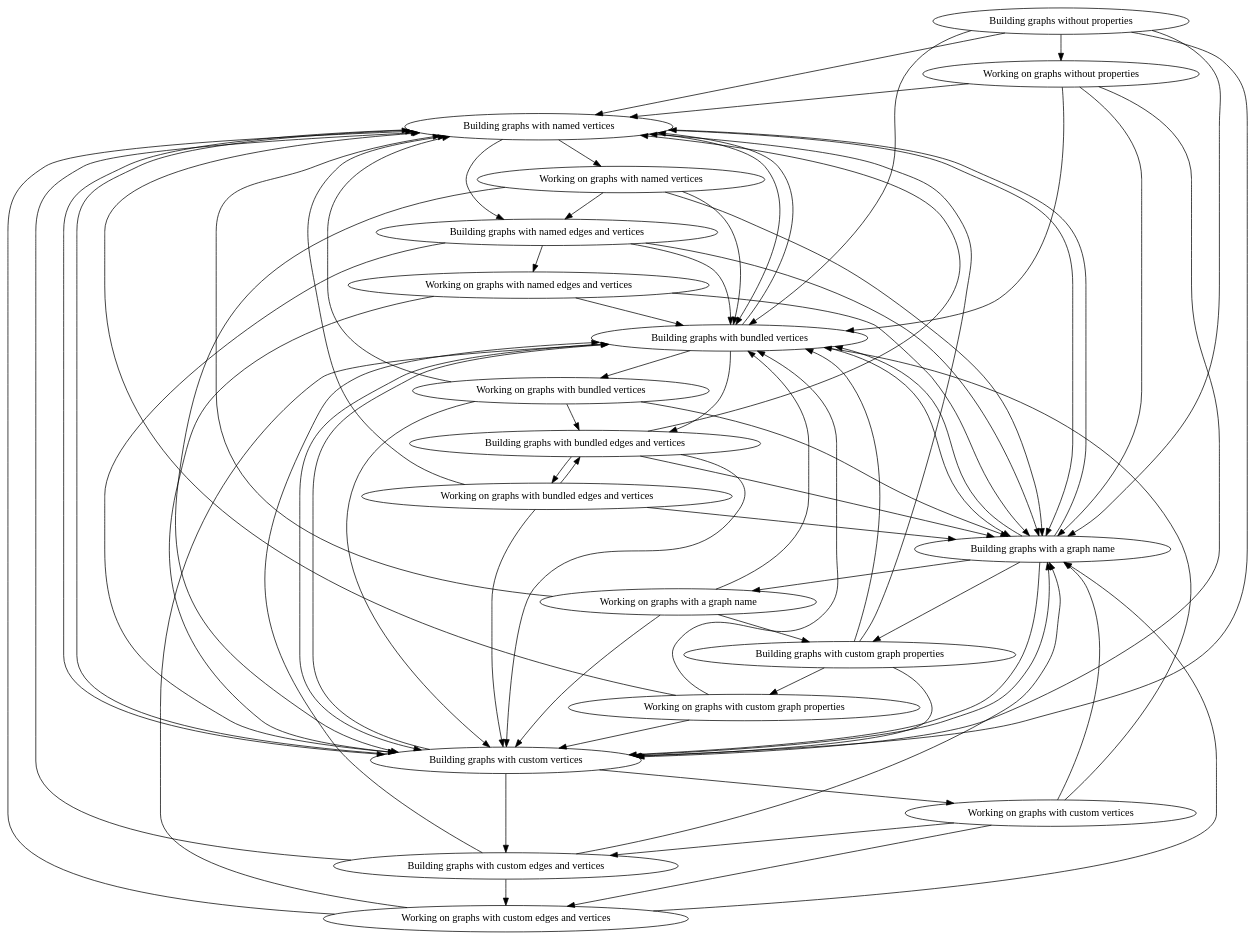
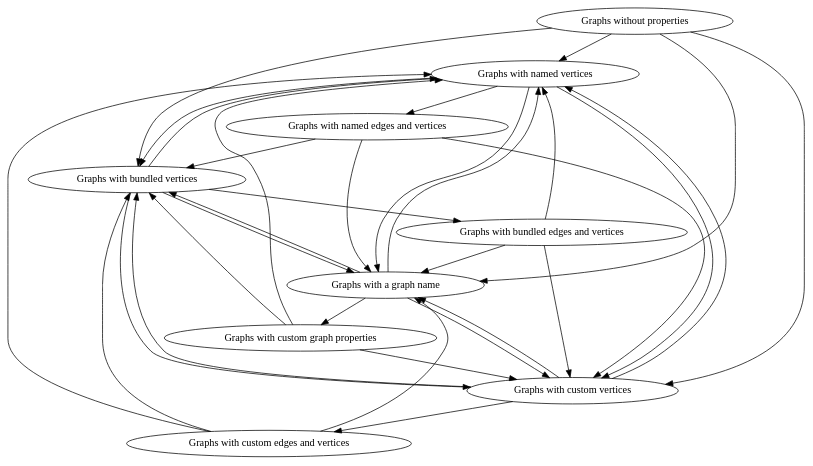
One commit to richelbilderbeek/boost_graph_cookbook_1 changed the diagram in BoostGraphTutorial/create_tutorial_chapters_graph.dot. Above: the diagram before and after it, drawn with Graphviz. The commit also changed 23 other files, not shown here.

```diff
--- a/BoostGraphTutorial/create_tutorial_chapters_graph.dot
+++ b/BoostGraphTutorial/create_tutorial_chapters_graph.dot
@@ -1,94 +1,43 @@
 digraph G {
-0[label="Building graphs without properties"];
-1[label="Working on graphs without properties"];
-2[label="Building graphs with named vertices"];
-3[label="Working on graphs with named vertices"];
-4[label="Building graphs with named edges and vertices"];
-5[label="Working on graphs with named edges and vertices"];
-6[label="Building graphs with bundled vertices"];
-7[label="Working on graphs with bundled vertices"];
-8[label="Building graphs with bundled edges and vertices"];
-9[label="Working on graphs with bundled edges and vertices"];
-10[label="Building graphs with custom vertices"];
-11[label="Working on graphs with custom vertices"];
-12[label="Building graphs with custom edges and vertices"];
-13[label="Working on graphs with custom edges and vertices"];
-14[label="Building graphs with a graph name"];
-15[label="Working on graphs with a graph name"];
-16[label="Building graphs with custom graph properties"];
-17[label="Working on graphs with custom graph properties"];
+0[label="Graphs without properties"];
+1[label="Graphs with named vertices"];
+2[label="Graphs with named edges and vertices"];
+3[label="Graphs with bundled vertices"];
+4[label="Graphs with bundled edges and vertices"];
+5[label="Graphs with custom vertices"];
+6[label="Graphs with custom edges and vertices"];
+7[label="Graphs with a graph name"];
+8[label="Graphs with custom graph properties"];
 0->1 ;
-0->2 ;
-0->6 ;
-0->10 ;
-0->14 ;
+0->3 ;
+0->5 ;
+0->7 ;
 1->2 ;
-1->6 ;
-1->10 ;
-1->14 ;
+1->3 ;
+1->5 ;
+1->7 ;
 2->3 ;
-2->4 ;
-2->6 ;
-2->10 ;
-2->14 ;
+2->5 ;
+2->7 ;
+3->1 ;
 3->4 ;
-3->6 ;
-3->10 ;
-3->14 ;
+3->5 ;
+3->7 ;
+4->1 ;
 4->5 ;
-4->6 ;
-4->10 ;
-4->14 ;
+4->7 ;
+5->1 ;
+5->3 ;
 5->6 ;
-5->10 ;
-5->14 ;
+5->7 ;
+6->1 ;
+6->3 ;
 6->7 ;
-6->2 ;
-6->8 ;
-6->10 ;
-6->14 ;
-7->2 ;
+7->1 ;
+7->3 ;
+7->5 ;
 7->8 ;
-7->10 ;
-7->14 ;
-8->9 ;
-8->2 ;
-8->10 ;
-8->14 ;
-9->2 ;
-9->8 ;
-9->10 ;
-9->14 ;
-10->11 ;
-10->2 ;
-10->6 ;
-10->12 ;
-10->14 ;
-11->6 ;
-11->12 ;
-11->14 ;
-11->13 ;
-12->13 ;
-12->2 ;
-12->6 ;
-12->14 ;
-13->2 ;
-13->6 ;
-13->14 ;
-14->15 ;
-14->2 ;
-14->6 ;
-14->10 ;
-14->16 ;
-15->16 ;
-15->2 ;
-15->6 ;
-15->10 ;
-16->17 ;
-16->2 ;
-16->6 ;
-16->10 ;
-17->2 ;
-17->6 ;
-17->10 ;
+8->1 ;
+8->3 ;
+8->5 ;
 }
```
